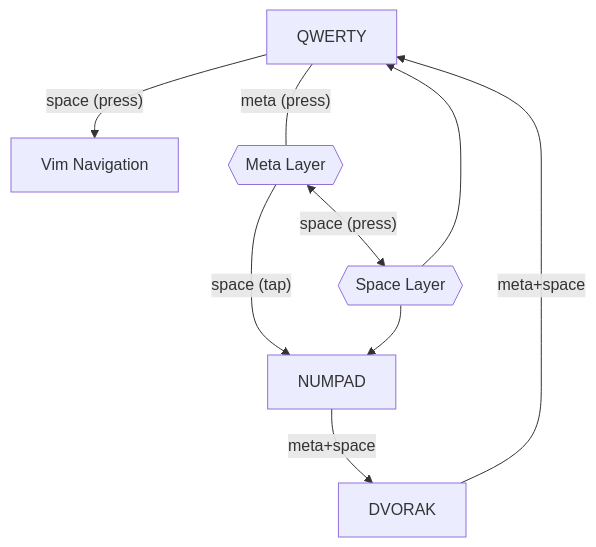
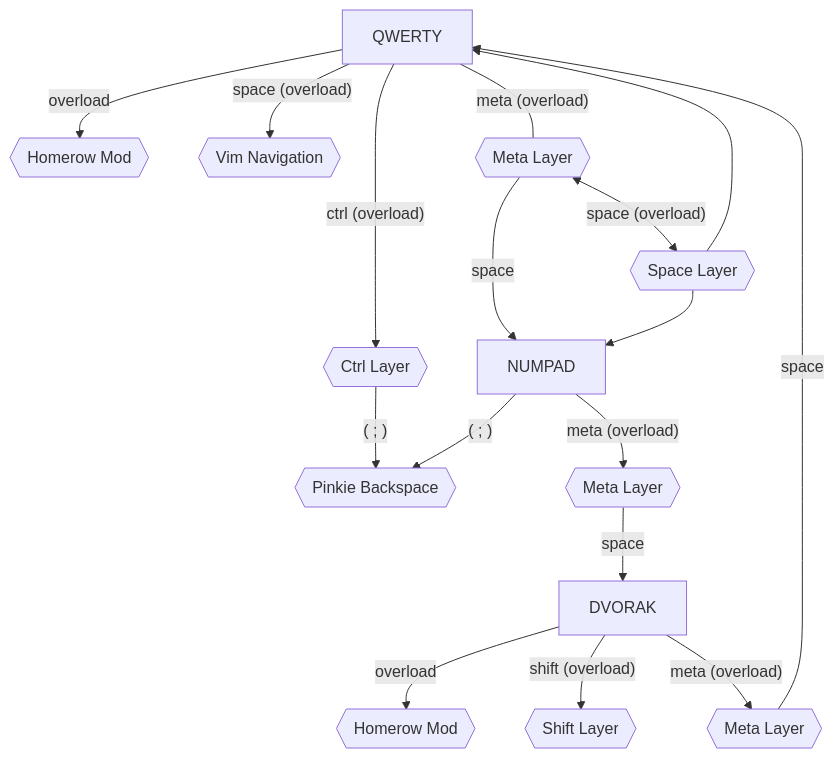
The diagram in .config/keyd/README.md (MidHunterX/Hunter-OS), drawn with Mermaid before and after one commit.

Commit message:
📝 docs(keyd): update config layer visualization map

````diff
--- a/.config/keyd/README.md
+++ b/.config/keyd/README.md
@@ -121,16 +121,27 @@
 ```mermaid
 graph
 qw[QWERTY]
-qwspace[Vim Navigation]
+qwhome{{Homerow Mod}}
+qwspace{{Vim Navigation}}
 qwmeta{{Meta Layer}}
 qwmetaspace{{Space Layer}}
+qw -- overload --> qwhome
+qw --space (overload)--> qwspace
+qw --meta (overload)--- qwmeta --space --> nm
+qw -- ctrl (overload) --> qwctrl{{Ctrl Layer}} --( ; )--> quote{{Pinkie Backspace}}
+qwmeta <--space (overload)--> qwmetaspace --> nm
+qwmetaspace --> qw
+
 nm[NUMPAD]
+nmmeta{{Meta Layer}}
+nm --( ; )--> quote
+nm --meta (overload)--> nmmeta --space--> dv
+
 dv[DVORAK]
-
-qw --space (press)--> qwspace
-qw --meta (press)--- qwmeta --space (tap)--> nm
-qwmeta <--space (press)--> qwmetaspace --> nm
-qwmetaspace --> qw
-nm --meta+space--> dv
-dv --meta+space--> qw
+dvhome{{Homerow Mod}}
+dvmeta{{Meta Layer}}
+dvshift{{Shift Layer}}
+dv -- overload --> dvhome
+dv -- shift (overload) --> dvshift
+dv --meta (overload)--> dvmeta --space--> qw
 ```
````
